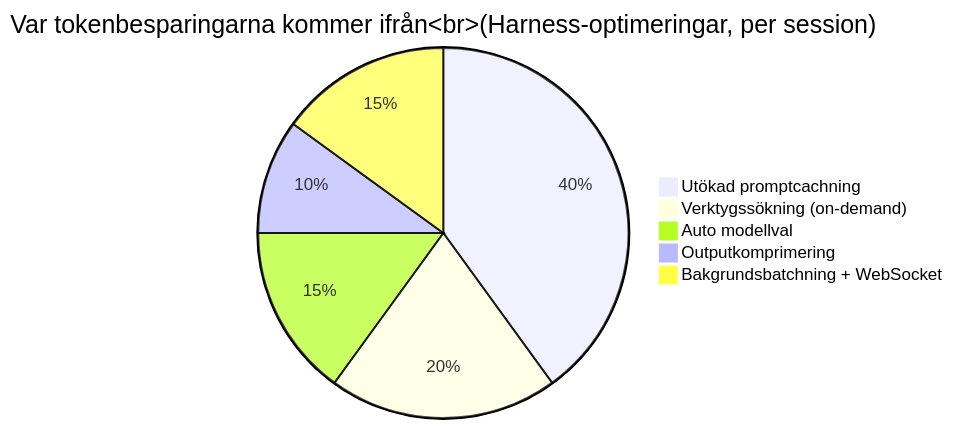
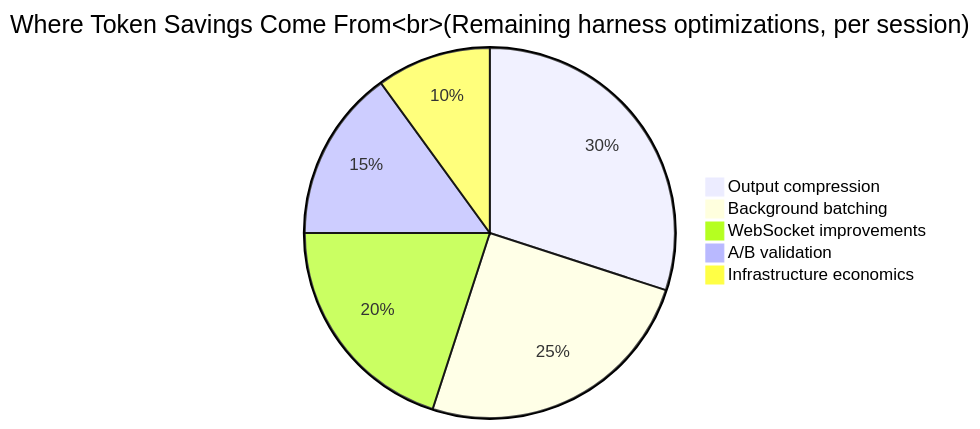
Before and after one commit to dandahprecio/vibe-on-budget: the third of 3 diagrams in token-economy-course/src/content/docs/sv/09-under-the-hood.mdx, drawn with Mermaid. The commit also changed other lines of this file and 23 other files, not shown here.

````diff
--- a/token-economy-course/src/content/docs/sv/09-under-the-hood.mdx
+++ b/token-economy-course/src/content/docs/sv/09-under-the-hood.mdx
@@ -315,8 +200,8 @@
 ```mermaid
-pie title Var tokenbesparingarna kommer ifrån<br/>(Harness-optimeringar, per session)
-    "Utökad promptcachning" : 40
-    "Verktygssökning (on-demand)" : 20
-    "Auto modellval" : 15
-    "Outputkomprimering" : 10
-    "Bakgrundsbatchning + WebSocket" : 15
+pie title Where Token Savings Come From<br/>(Remaining harness optimizations, per session)
+    "Output compression" : 30
+    "Background batching" : 25
+    "WebSocket improvements" : 20
+    "A/B validation" : 15
+    "Infrastructure economics" : 10
 ```
````
